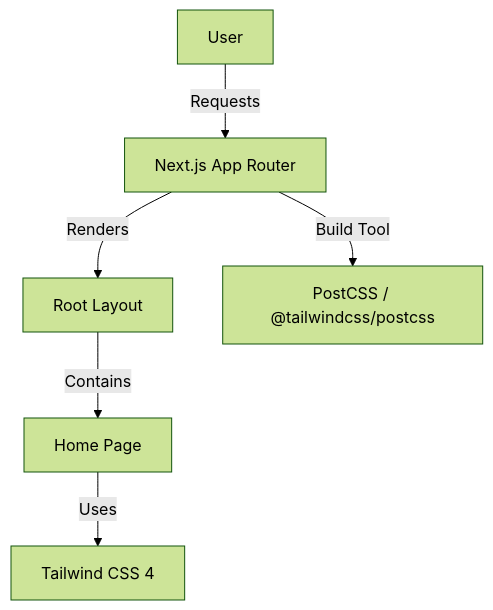
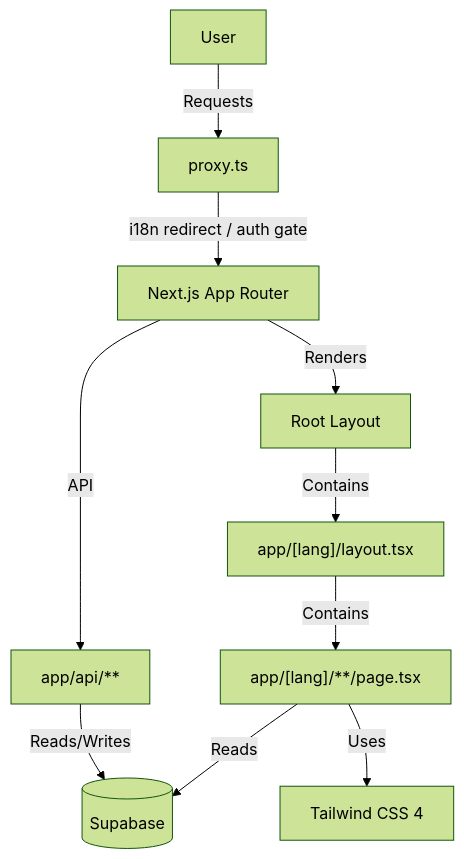
Before and after one commit to cobqoc/naelum: the diagram in AGENTS.md, drawn with Mermaid (forest theme). The commit also changed other lines of this file and 16 other files, not shown here.

````diff
--- a/AGENTS.md
+++ b/AGENTS.md
@@ -32,8 +42,12 @@
 ```mermaid
 graph TD
-    User -->|Requests| NextJS[Next.js App Router]
+    User -->|Requests| Proxy[proxy.ts]
+    Proxy -->|i18n redirect / auth gate| NextJS[Next.js App Router]
     NextJS -->|Renders| Layout[Root Layout]
-    Layout -->|Contains| Page[Home Page]
+    Layout -->|Contains| LangLayout["app/[lang]/layout.tsx"]
+    LangLayout -->|Contains| Page["app/[lang]/**/page.tsx"]
+    Page -->|Reads| Supabase[(Supabase)]
+    NextJS -->|API| Api["app/api/**"]
+    Api -->|Reads/Writes| Supabase
     Page -->|Uses| Tailwind[Tailwind CSS 4]
-    NextJS -->|Build Tool| PostCSS[PostCSS / @tailwindcss/postcss]
 ```
````
